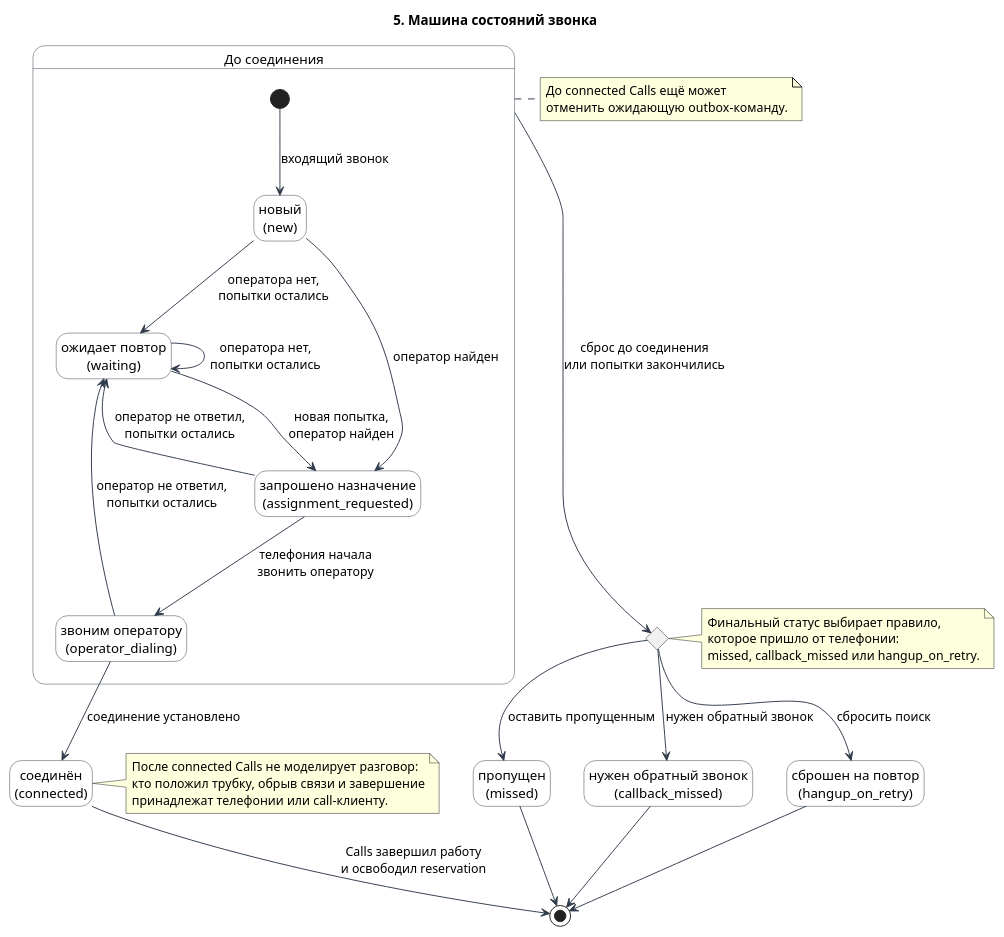
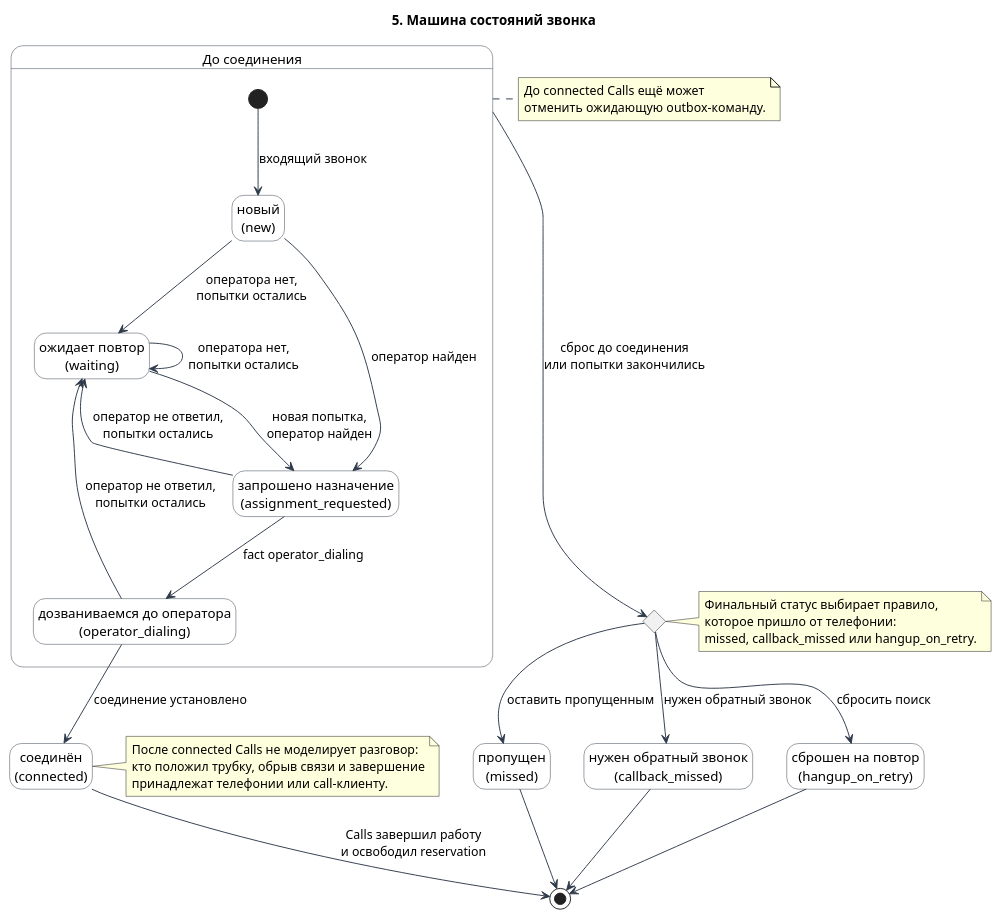
The diagram in docs/diagrams/05-call-state-machine.puml (robotateme/calls), drawn with PlantUML before and after one commit. The commit also changed 8 other files, not shown here.

```diff
--- a/docs/diagrams/05-call-state-machine.puml
+++ b/docs/diagrams/05-call-state-machine.puml
@@ -1,68 +1,68 @@
 @startuml
 title 5. Машина состояний звонка
 
 skinparam state {
     BackgroundColor #FFFFFF
     BorderColor #2F3A4A
     ArrowColor #2F3A4A
 }
 
 top to bottom direction
 hide empty description
 
 state "До соединения" as before_connected {
     state "новый\n(new)" as new
     state "ожидает повтор\n(waiting)" as waiting
     state "запрошено назначение\n(assignment_requested)" as assignment_requested
-    state "звоним оператору\n(operator_dialing)" as operator_dialing
+    state "дозваниваемся до оператора\n(operator_dialing)" as operator_dialing
 
     [*] --> new : входящий звонок
 
     new --> assignment_requested : оператор найден
     new --> waiting : оператора нет,\nпопытки остались
 
     waiting --> assignment_requested : новая попытка,\nоператор найден
     waiting --> waiting : оператора нет,\nпопытки остались
 
-    assignment_requested --> operator_dialing : телефония начала\nзвонить оператору
+    assignment_requested --> operator_dialing : fact operator_dialing
     assignment_requested --> waiting : оператор не ответил,\nпопытки остались
     operator_dialing --> waiting : оператор не ответил,\nпопытки остались
 }
 
 state "соединён\n(connected)" as connected
 state "выбор финального статуса\nпо правилу телефонии" as choose_final <<choice>>
 state "пропущен\n(missed)" as missed
 state "нужен обратный звонок\n(callback_missed)" as callback_missed
 state "сброшен на повтор\n(hangup_on_retry)" as hangup_on_retry
 
 operator_dialing --> connected : соединение установлено
 before_connected --> choose_final : сброс до соединения\nили попытки закончились
 
 connected --> [*] : Calls завершил работу\nи освободил reservation
 
 choose_final --> missed : оставить пропущенным
 choose_final --> callback_missed : нужен обратный звонок
 choose_final --> hangup_on_retry : сбросить поиск
 
 missed --> [*]
 callback_missed --> [*]
 hangup_on_retry --> [*]
 
 note right of choose_final
   Финальный статус выбирает правило,
   которое пришло от телефонии:
   missed, callback_missed или hangup_on_retry.
 end note
 
 note right of before_connected
   До connected Calls ещё может
   отменить ожидающую outbox-команду.
 end note
 
 note right of connected
   После connected Calls не моделирует разговор:
   кто положил трубку, обрыв связи и завершение
   принадлежат телефонии или call-клиенту.
 end note
 
 @enduml
```
